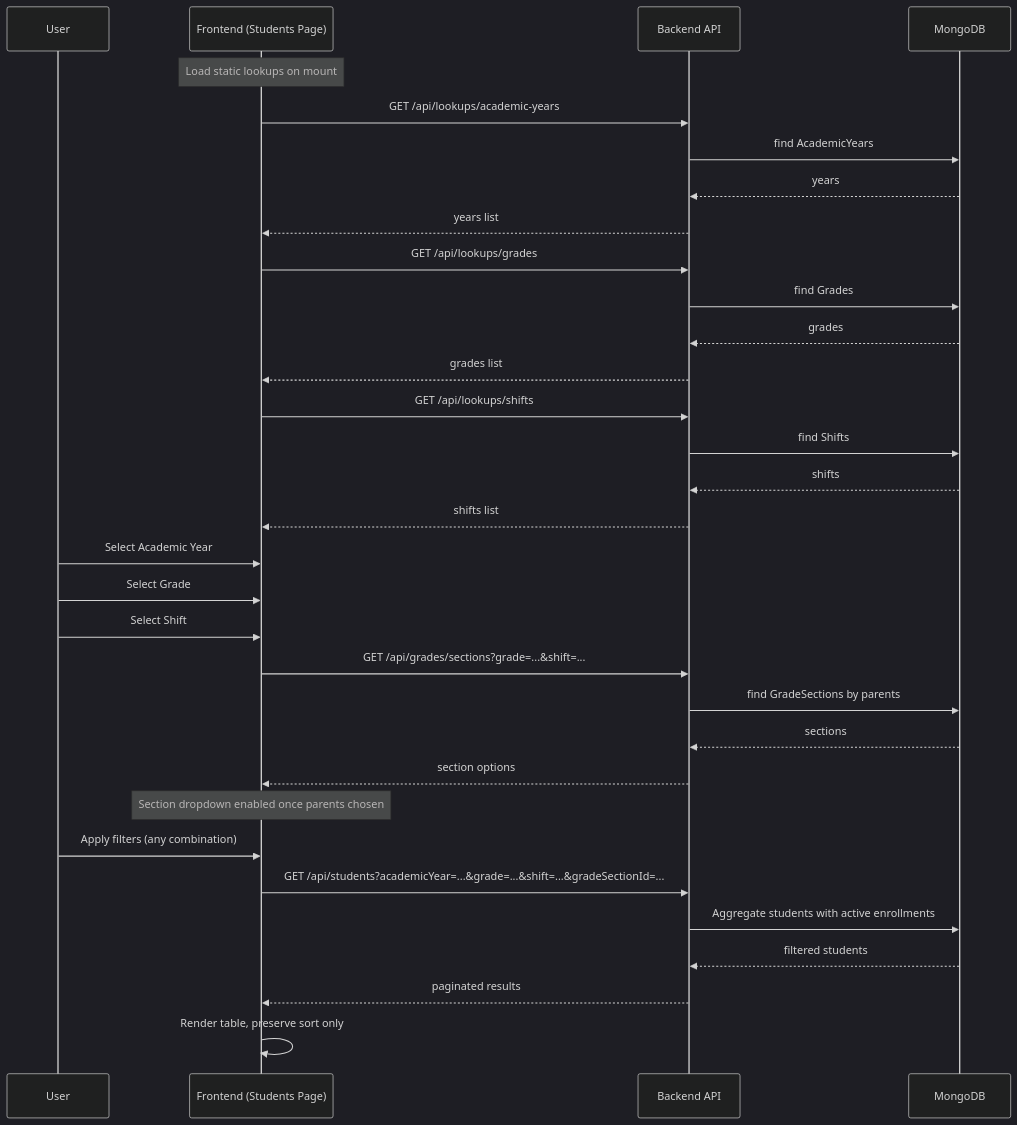
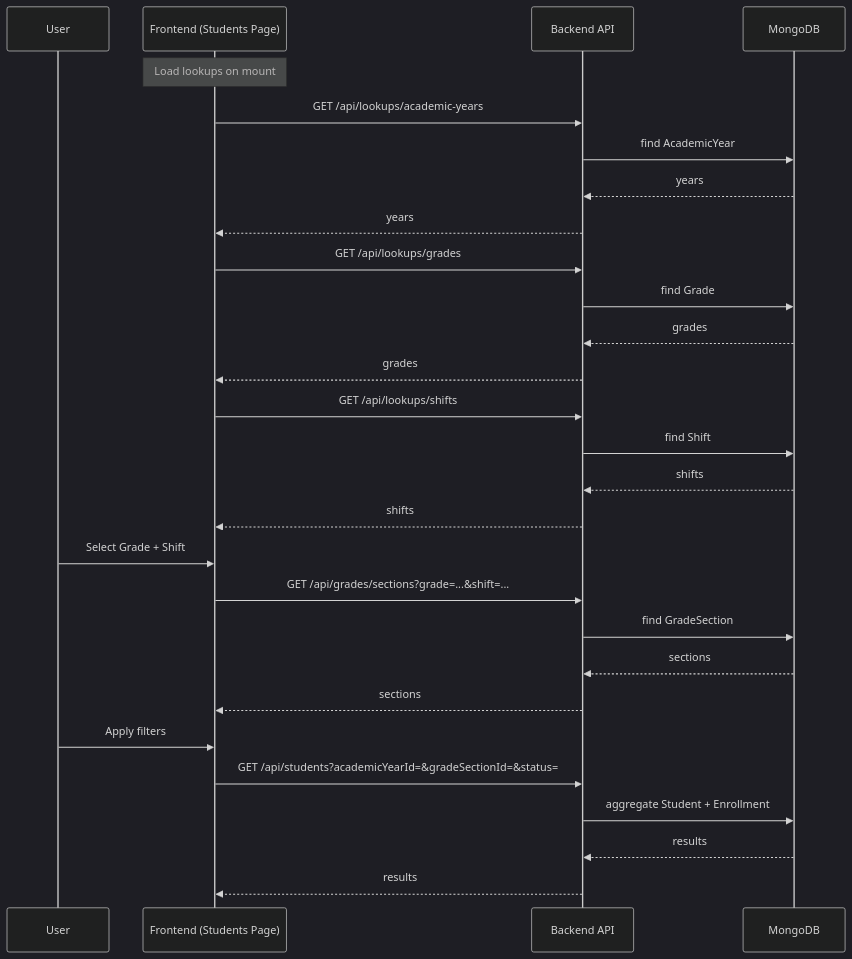
Before and after one commit to khays62/nuuru-al-bayaan: diagram 11 of 14 in docs/DIAGRAMS.md, drawn with Mermaid (dark theme). The commit also changed other lines of this file, not shown here.

Commit message:
docs: fix mermaid diagrams

````diff
--- a/docs/DIAGRAMS.md
+++ b/docs/DIAGRAMS.md
@@ -155,40 +629,35 @@
 ```mermaid
 sequenceDiagram
   participant U as User
   participant FE as Frontend (Students Page)
   participant API as Backend API
   participant DB as MongoDB
 
-  note over FE: Load static lookups on mount
+  note over FE: Load lookups on mount
   FE->>API: GET /api/lookups/academic-years
-  API->>DB: find AcademicYears
+  API->>DB: find AcademicYear
   DB-->>API: years
-  API-->>FE: years list
+  API-->>FE: years
 
   FE->>API: GET /api/lookups/grades
-  API->>DB: find Grades
+  API->>DB: find Grade
   DB-->>API: grades
-  API-->>FE: grades list
+  API-->>FE: grades
 
   FE->>API: GET /api/lookups/shifts
-  API->>DB: find Shifts
+  API->>DB: find Shift
   DB-->>API: shifts
-  API-->>FE: shifts list
+  API-->>FE: shifts
 
-  U->>FE: Select Academic Year
-  U->>FE: Select Grade
-  U->>FE: Select Shift
+  U->>FE: Select Grade + Shift
   FE->>API: GET /api/grades/sections?grade=...&shift=...
-  API->>DB: find GradeSections by parents
+  API->>DB: find GradeSection
   DB-->>API: sections
-  API-->>FE: section options
+  API-->>FE: sections
 
-  note over FE: Section dropdown enabled once parents chosen
-
-  U->>FE: Apply filters (any combination)
-  FE->>API: GET /api/students?academicYear=...&grade=...&shift=...&gradeSectionId=...
-  API->>DB: Aggregate students with active enrollments
-  DB-->>API: filtered students
-  API-->>FE: paginated results
-  FE->>FE: Render table, preserve sort only
+  U->>FE: Apply filters
+  FE->>API: GET /api/students?academicYearId=&gradeSectionId=&status=
+  API->>DB: aggregate Student + Enrollment
+  DB-->>API: results
+  API-->>FE: results
 ```
````
